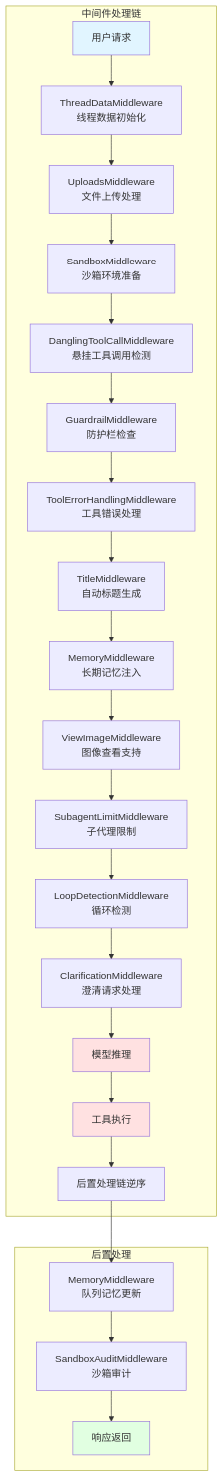
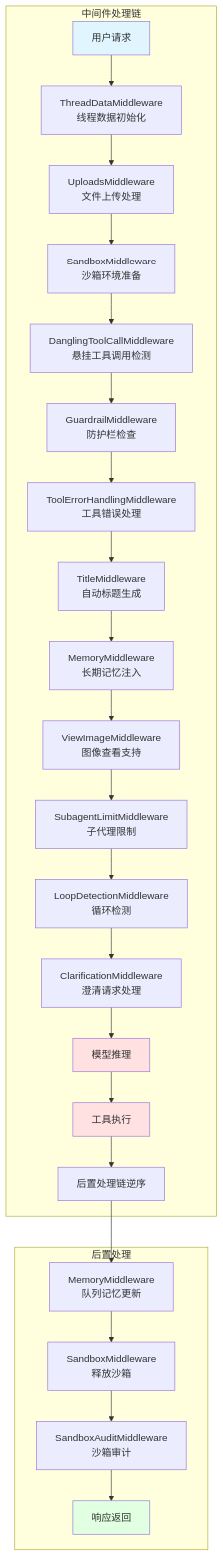
The first of 3 diagrams in deer-flow-main/docs/02-中间件系统详解.md (hata33/deer-flow), drawn with Mermaid before and after one commit. The commit also changed other lines of this file and 6 other files, not shown here.

````diff
--- a/deer-flow-main/docs/02-中间件系统详解.md
+++ b/deer-flow-main/docs/02-中间件系统详解.md
@@ -12,31 +12,32 @@
 ```mermaid
 graph TB
     subgraph "中间件处理链"
         A[用户请求] --> B[ThreadDataMiddleware<br/>线程数据初始化]
         B --> C[UploadsMiddleware<br/>文件上传处理]
         C --> D[SandboxMiddleware<br/>沙箱环境准备]
         D --> E[DanglingToolCallMiddleware<br/>悬挂工具调用检测]
         E --> F[GuardrailMiddleware<br/>防护栏检查]
         F --> G[ToolErrorHandlingMiddleware<br/>工具错误处理]
         G --> H[TitleMiddleware<br/>自动标题生成]
         H --> I[MemoryMiddleware<br/>长期记忆注入]
         I --> J[ViewImageMiddleware<br/>图像查看支持]
         J --> K[SubagentLimitMiddleware<br/>子代理限制]
         K --> L[LoopDetectionMiddleware<br/>循环检测]
         L --> M[ClarificationMiddleware<br/>澄清请求处理]
         M --> N[模型推理]
         N --> O[工具执行]
         O --> P[后置处理链逆序]
     end
 
     subgraph "后置处理"
         P --> P1[MemoryMiddleware<br/>队列记忆更新]
-        P1 --> P2[SandboxAuditMiddleware<br/>沙箱审计]
-        P2 --> P3[响应返回]
+        P1 --> P2[SandboxMiddleware<br/>释放沙箱]
+        P2 --> P3[SandboxAuditMiddleware<br/>沙箱审计]
+        P3 --> P4[响应返回]
     end
 
     style A fill:#e1f5ff
     style N fill:#ffe1e1
     style O fill:#ffe1e1
-    style P3 fill:#e1ffe1
+    style P4 fill:#e1ffe1
 ```
````
